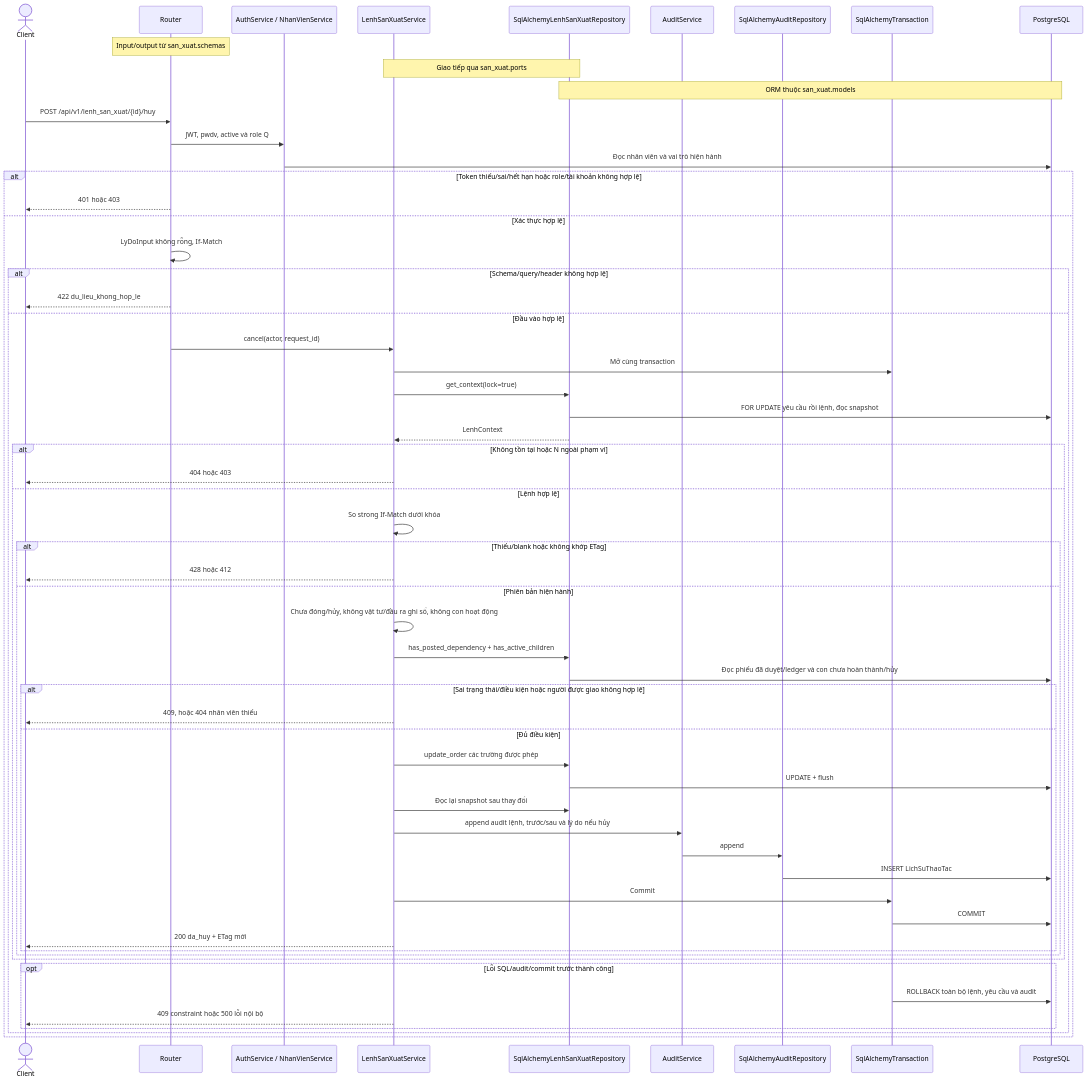
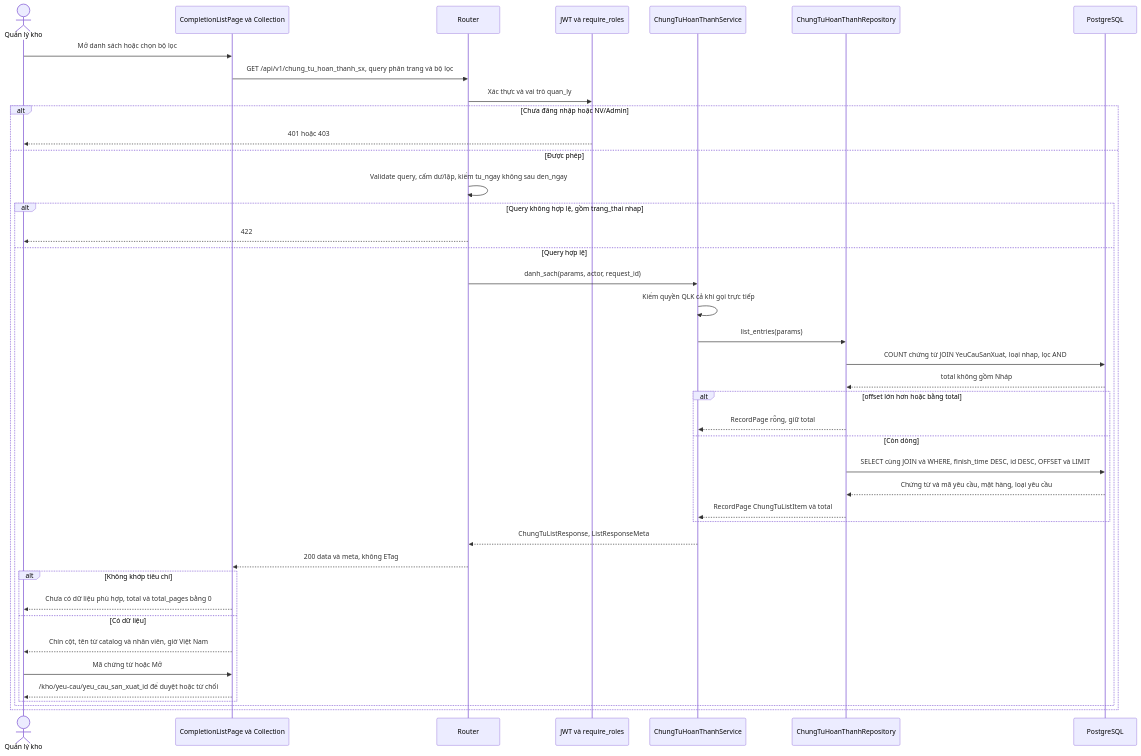
Diagram 14 of 19 in docs/sequence/san_xuat.md (thanhklt/xbike-mrp-system), drawn with Mermaid before and after one commit. The commit also changed other lines of this file and 230 other files, not shown here.

Commit message:
fix(reporting): UC-41 báo cáo nhập-xuất-tồn và UC-42 tra cứu lịch sử biến động kho

````diff
--- a/docs/sequence/san_xuat.md
+++ b/docs/sequence/san_xuat.md
@@ -750,61 +870,43 @@
 ```mermaid
 sequenceDiagram
-    actor C as Client
-    participant R as Router
-    participant A as AuthService / NhanVienService
-    participant S as LenhSanXuatService
-    participant P as SqlAlchemyLenhSanXuatRepository
-    participant U as AuditService
-    participant V as SqlAlchemyAuditRepository
-    participant T as SqlAlchemyTransaction
-    participant D as PostgreSQL
-    Note over R: Input/output từ san_xuat.schemas
-    Note over S,P: Giao tiếp qua san_xuat.ports
-    Note over P,D: ORM thuộc san_xuat.models
-    C->>R: POST /api/v1/lenh_san_xuat/{id}/huy
-    R->>A: JWT, pwdv, active và role Q
-    A->>D: Đọc nhân viên và vai trò hiện hành
-    alt Token thiếu/sai/hết hạn hoặc role/tài khoản không hợp lệ
-        R-->>C: 401 hoặc 403
-    else Xác thực hợp lệ
-        R->>R: LyDoInput không rỗng, If-Match
-        alt Schema/query/header không hợp lệ
-            R-->>C: 422 du_lieu_khong_hop_le
-        else Đầu vào hợp lệ
-            R->>S: cancel(actor, request_id)
-            S->>T: Mở cùng transaction
-            S->>P: get_context(lock=true)
-            P->>D: FOR UPDATE yêu cầu rồi lệnh, đọc snapshot
-            P-->>S: LenhContext
-            alt Không tồn tại hoặc N ngoài phạm vi
-                S-->>C: 404 hoặc 403
-            else Lệnh hợp lệ
-                S->>S: So strong If-Match dưới khóa
-                alt Thiếu/blank hoặc không khớp ETag
-                    S-->>C: 428 hoặc 412
-                else Phiên bản hiện hành
-                    S->>S: Chưa đóng/hủy, không vật tư/đầu ra ghi sổ, không con hoạt động
-                    S->>P: has_posted_dependency + has_active_children
-                    P->>D: Đọc phiếu đã duyệt/ledger và con chưa hoàn thành/hủy
-                    alt Sai trạng thái/điều kiện hoặc người được giao không hợp lệ
-                        S-->>C: 409, hoặc 404 nhân viên thiếu
-                    else Đủ điều kiện
-                        S->>P: update_order các trường được phép
-                        P->>D: UPDATE + flush
-                        S->>P: Đọc lại snapshot sau thay đổi
-                        S->>U: append audit lệnh, trước/sau và lý do nếu hủy
-                        U->>V: append
-                        V->>D: INSERT LichSuThaoTac
-                        S->>T: Commit
-                        T->>D: COMMIT
-                        S-->>C: 200 da_huy + ETag mới
-                    end
-                end
+    actor Q as Quản lý kho
+    participant FE as CompletionListPage và Collection
+    participant API as Router
+    participant Auth as JWT và require_roles
+    participant S as ChungTuHoanThanhService
+    participant C as ChungTuHoanThanhRepository
+    participant DB as PostgreSQL
+    Q->>FE: Mở danh sách hoặc chọn bộ lọc
+    FE->>API: GET /api/v1/chung_tu_hoan_thanh_sx, query phân trang và bộ lọc
+    API->>Auth: Xác thực và vai trò quan_ly
+    alt Chưa đăng nhập hoặc NV/Admin
+        Auth-->>Q: 401 hoặc 403
+    else Được phép
+        API->>API: Validate query, cấm dư/lặp, kiểm tu_ngay không sau den_ngay
+        alt Query không hợp lệ, gồm trang_thai nhap
+            API-->>Q: 422
+        else Query hợp lệ
+            API->>S: danh_sach(params, actor, request_id)
+            S->>S: Kiểm quyền QLK cả khi gọi trực tiếp
+            S->>C: list_entries(params)
+            C->>DB: COUNT chứng từ JOIN YeuCauSanXuat, loại nhap, lọc AND
+            DB-->>C: total không gồm Nháp
+            alt offset lớn hơn hoặc bằng total
+                C-->>S: RecordPage rỗng, giữ total
+            else Còn dòng
+                C->>DB: SELECT cùng JOIN và WHERE, finish_time DESC, id DESC, OFFSET và LIMIT
+                DB-->>C: Chứng từ và mã yêu cầu, mặt hàng, loại yêu cầu
+                C-->>S: RecordPage ChungTuListItem và total
             end
-            opt Lỗi SQL/audit/commit trước thành công
-                T->>D: ROLLBACK toàn bộ lệnh, yêu cầu và audit
-                S-->>C: 409 constraint hoặc 500 lỗi nội bộ
+            S-->>API: ChungTuListResponse, ListResponseMeta
+            API-->>FE: 200 data và meta, không ETag
+            alt Không khớp tiêu chí
+                FE-->>Q: Chưa có dữ liệu phù hợp, total và total_pages bằng 0
+            else Có dữ liệu
+                FE-->>Q: Chín cột, tên từ catalog và nhân viên, giờ Việt Nam
+                Q->>FE: Mã chứng từ hoặc Mở
+                FE-->>Q: /kho/yeu-cau/yeu_cau_san_xuat_id để duyệt hoặc từ chối
             end
         end
     end
 ```
````
